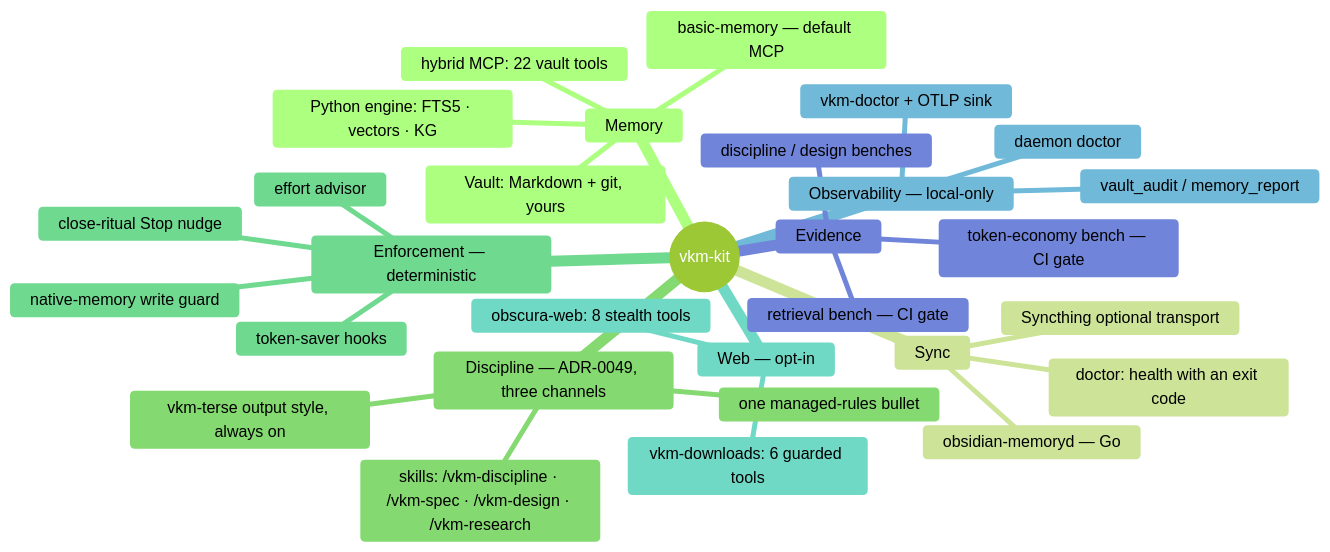
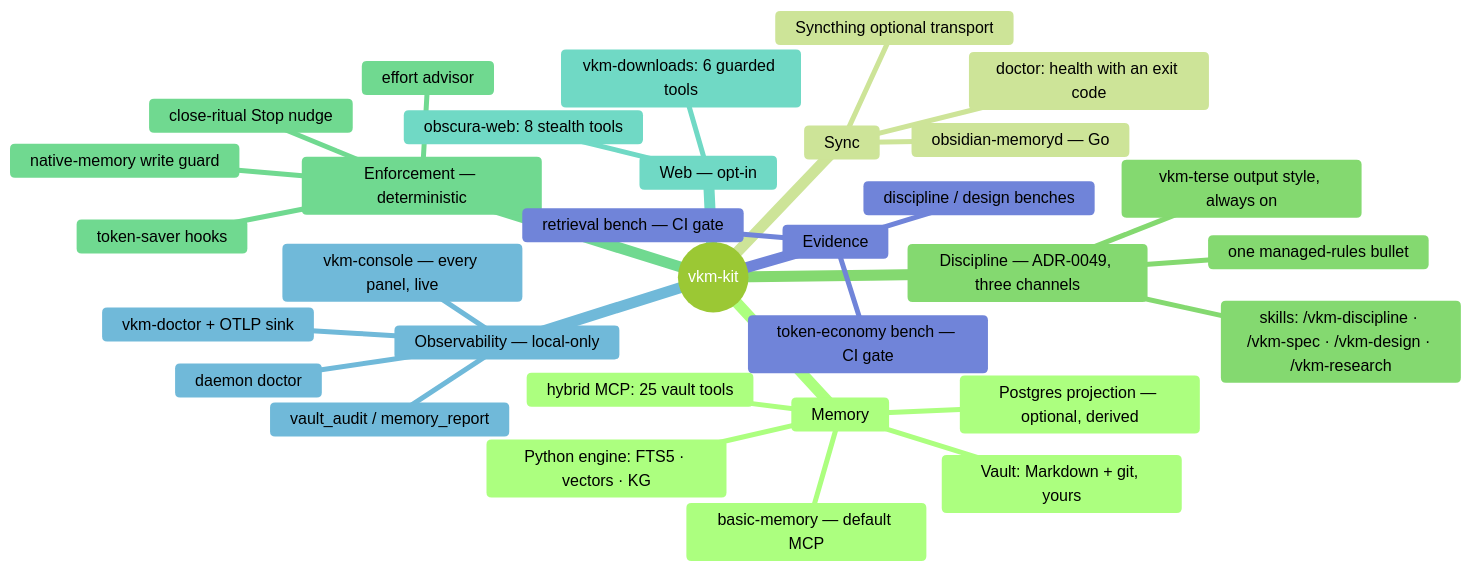
The seventh of 7 diagrams in docs/en/architecture-deep-dive.md (Vahlame/create-vkm-kit), drawn with Mermaid (forest theme) before and after one commit. The commit also changed other lines of this file and 118 other files, not shown here.

````diff
--- a/docs/en/architecture-deep-dive.md
+++ b/docs/en/architecture-deep-dive.md
@@ -170,33 +182,35 @@
 ```mermaid
 mindmap
   root((vkm-kit))
     Memory
       Vault: Markdown + git, yours
       basic-memory — default MCP
-      hybrid MCP: 22 vault tools
+      hybrid MCP: 25 vault tools
       Python engine: FTS5 · vectors · KG
+      Postgres projection — optional, derived
     Sync
       obsidian-memoryd — Go
       doctor: health with an exit code
       Syncthing optional transport
     Discipline — ADR-0049, three channels
       vkm-terse output style, always on
       one managed-rules bullet
       skills: /vkm-discipline · /vkm-spec · /vkm-design · /vkm-research
     Enforcement — deterministic
       native-memory write guard
       close-ritual Stop nudge
       effort advisor
       token-saver hooks
     Web — opt-in
       obscura-web: 8 stealth tools
       vkm-downloads: 6 guarded tools
     Observability — local-only
       vkm-doctor + OTLP sink
       daemon doctor
       vault_audit / memory_report
+      vkm-console — every panel, live
     Evidence
       retrieval bench — CI gate
       token-economy bench — CI gate
       discipline / design benches
 ```
````
